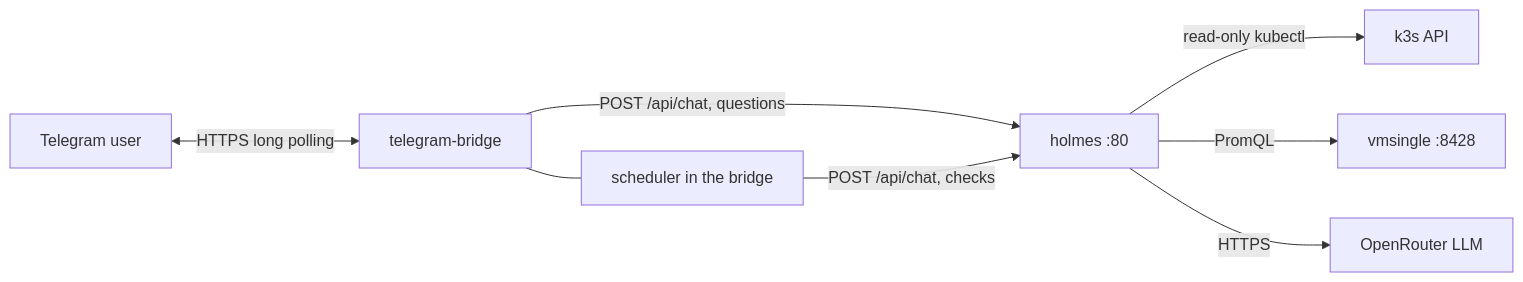
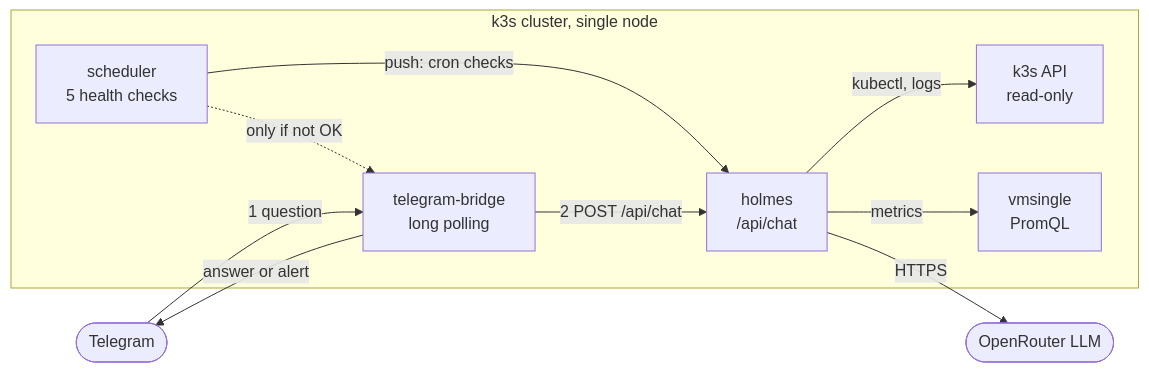
The diagram in content/posts/sherlock-holmes-in-a-bottle.md (lorenzogirardi/website), drawn with Mermaid before and after one commit. The commit also changed other lines of this file and 5 other files, not shown here.

Commit message:
post(holmes): add images, network map, mermaid architecture and Grafana section (draft)

```diff
--- a/content/posts/sherlock-holmes-in-a-bottle.md
+++ b/content/posts/sherlock-holmes-in-a-bottle.md
@@ -65,10 +66,21 @@
 {{< mermaid >}}
 flowchart LR
-    U[Telegram user] <-->|HTTPS long polling| B[telegram-bridge]
-    B -->|POST /api/chat, questions| H[holmes :80]
-    S[scheduler in the bridge] -->|POST /api/chat, checks| H
-    B --- S
-    H -->|read-only kubectl| K[k3s API]
-    H -->|PromQL| V[vmsingle :8428]
-    H -->|HTTPS| L[OpenRouter LLM]
+    U([Telegram])
+    subgraph NS[k3s cluster, single node]
+        B[telegram-bridge<br>long polling]
+        S[scheduler<br>5 health checks]
+        H[holmes<br>/api/chat]
+        K[k3s API<br>read-only]
+        V[vmsingle<br>PromQL]
+    end
+    L([OpenRouter LLM])
+
+    U -->|1 question| B
+    B -->|2 POST /api/chat| H
+    S -->|push: cron checks| H
+    S -.->|only if not OK| B
+    B -->|answer or alert| U
+    H -->|kubectl, logs| K
+    H -->|metrics| V
+    H -->|HTTPS| L
 {{< /mermaid >}}
```
